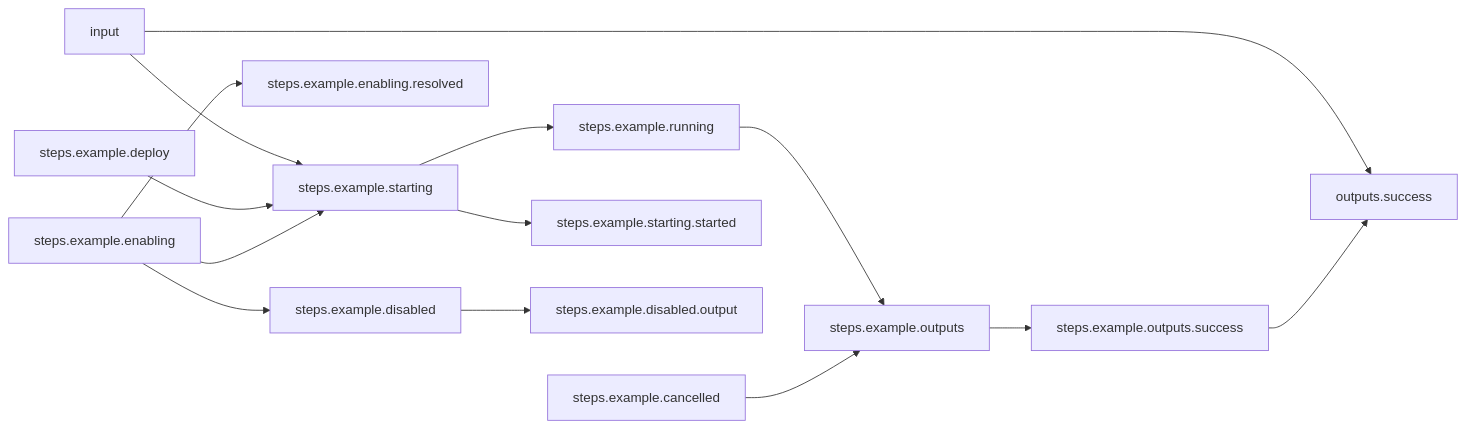
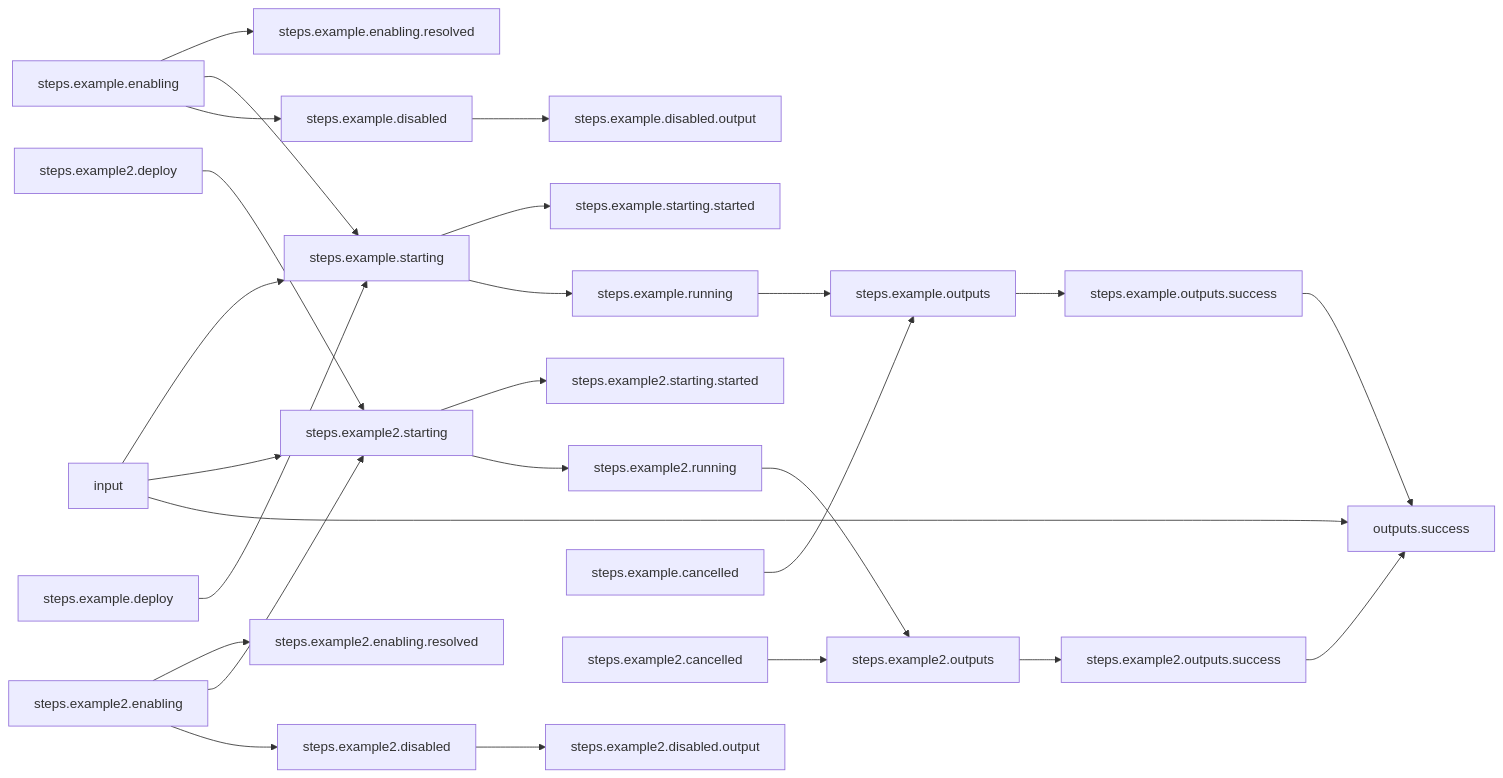
One commit to arcalot/arcaflow-workflows changed the second of 2 diagrams in basic-examples/bind-constants/README.md. Above: the diagram before and after it, drawn with Mermaid. The commit also changed other lines of this file and 19 other files, not shown here.

````diff
--- a/basic-examples/bind-constants/README.md
+++ b/basic-examples/bind-constants/README.md
@@ -46,18 +73,30 @@
 ```mermaid
 %% Mermaid markdown workflow
 flowchart LR
 %% Success path
-input-->steps.example.starting
-input-->outputs.success
-steps.example.running-->steps.example.outputs
-steps.example.outputs.success-->outputs.success
-steps.example.outputs-->steps.example.outputs.success
-steps.example.deploy-->steps.example.starting
 steps.example.enabling-->steps.example.enabling.resolved
 steps.example.enabling-->steps.example.starting
 steps.example.enabling-->steps.example.disabled
+steps.example.disabled-->steps.example.disabled.output
+steps.example2.outputs.success-->outputs.success
+steps.example.starting-->steps.example.starting.started
+steps.example.starting-->steps.example.running
+steps.example2.outputs-->steps.example2.outputs.success
+input-->steps.example.starting
+input-->steps.example2.starting
+input-->outputs.success
+steps.example.deploy-->steps.example.starting
+steps.example2.starting-->steps.example2.starting.started
+steps.example2.starting-->steps.example2.running
+steps.example2.running-->steps.example2.outputs
+steps.example2.disabled-->steps.example2.disabled.output
 steps.example.cancelled-->steps.example.outputs
-steps.example.starting-->steps.example.running
-steps.example.starting-->steps.example.starting.started
-steps.example.disabled-->steps.example.disabled.output
+steps.example.outputs-->steps.example.outputs.success
+steps.example2.deploy-->steps.example2.starting
+steps.example.running-->steps.example.outputs
+steps.example.outputs.success-->outputs.success
+steps.example2.enabling-->steps.example2.enabling.resolved
+steps.example2.enabling-->steps.example2.starting
+steps.example2.enabling-->steps.example2.disabled
+steps.example2.cancelled-->steps.example2.outputs
 ```
````
